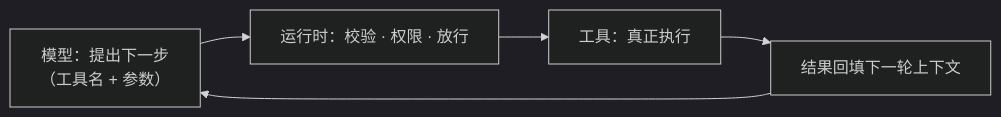
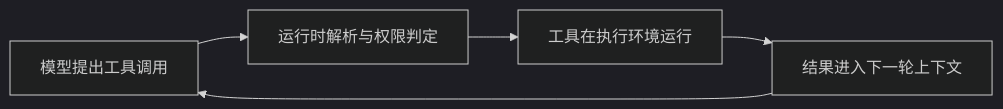
Before and after one commit to zhuguang-ZFG/dsh-purge-book: the first of 2 diagrams in 01-七道闸门.md, drawn with Mermaid (dark theme). The commit also changed other lines of this file and 79 other files, not shown here.

````diff
--- a/01-七道闸门.md
+++ b/01-七道闸门.md
@@ -30,7 +13,7 @@
 ```mermaid
 flowchart LR
-    M["模型：提出下一步<br/>（工具名 + 参数）"] --> R["运行时：校验 · 权限 · 放行"]
-    R --> T["工具：真正执行"]
-    T --> B["结果回填下一轮上下文"]
+    M["模型提出工具调用"] --> R["运行时解析与权限判定"]
+    R --> T["工具在执行环境运行"]
+    T --> B["结果进入下一轮上下文"]
     B --> M
 ```
````
